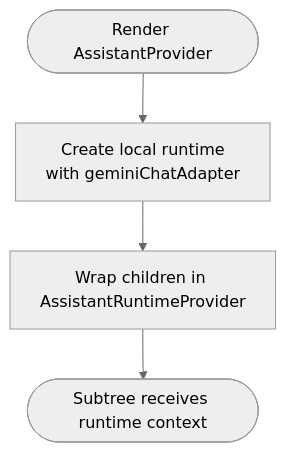
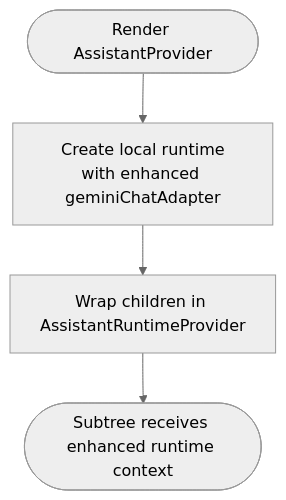
One commit to MudassarAbrar/FreshRoute-Ai changed the third of 15 diagrams in .qoder/repowiki/en/content/AI Integration/Assistant UI Components.md. Above: the diagram before and after it, drawn with Mermaid (neutral theme). The commit also changed other lines of this file and 105 other files, not shown here.

````diff
--- a/.qoder/repowiki/en/content/AI Integration/Assistant UI Components.md
+++ b/.qoder/repowiki/en/content/AI Integration/Assistant UI Components.md
@@ -135,6 +166,6 @@
 ```mermaid
 flowchart TD
-Start(["Render AssistantProvider"]) --> CreateRuntime["Create local runtime<br/>with geminiChatAdapter"]
+Start(["Render AssistantProvider"]) --> CreateRuntime["Create local runtime<br/>with enhanced geminiChatAdapter"]
 CreateRuntime --> WrapChildren["Wrap children in AssistantRuntimeProvider"]
-WrapChildren --> End(["Subtree receives runtime context"])
+WrapChildren --> End(["Subtree receives enhanced runtime context"])
 ```
````
